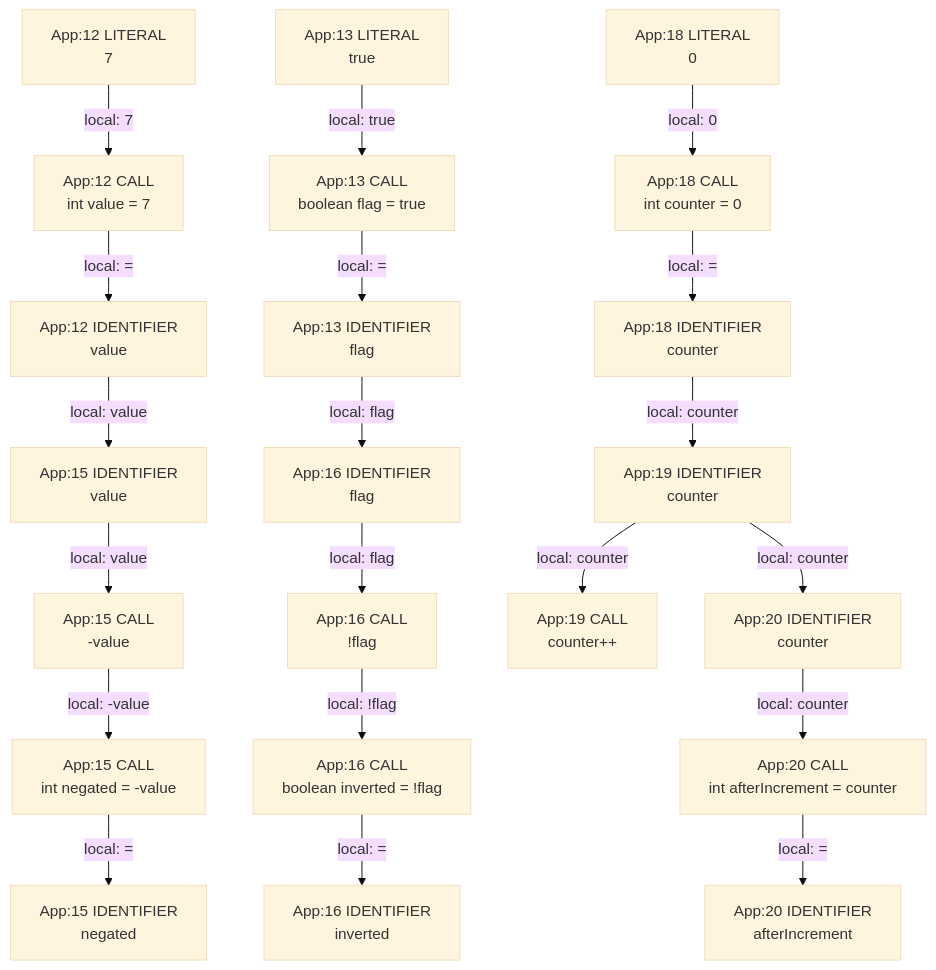
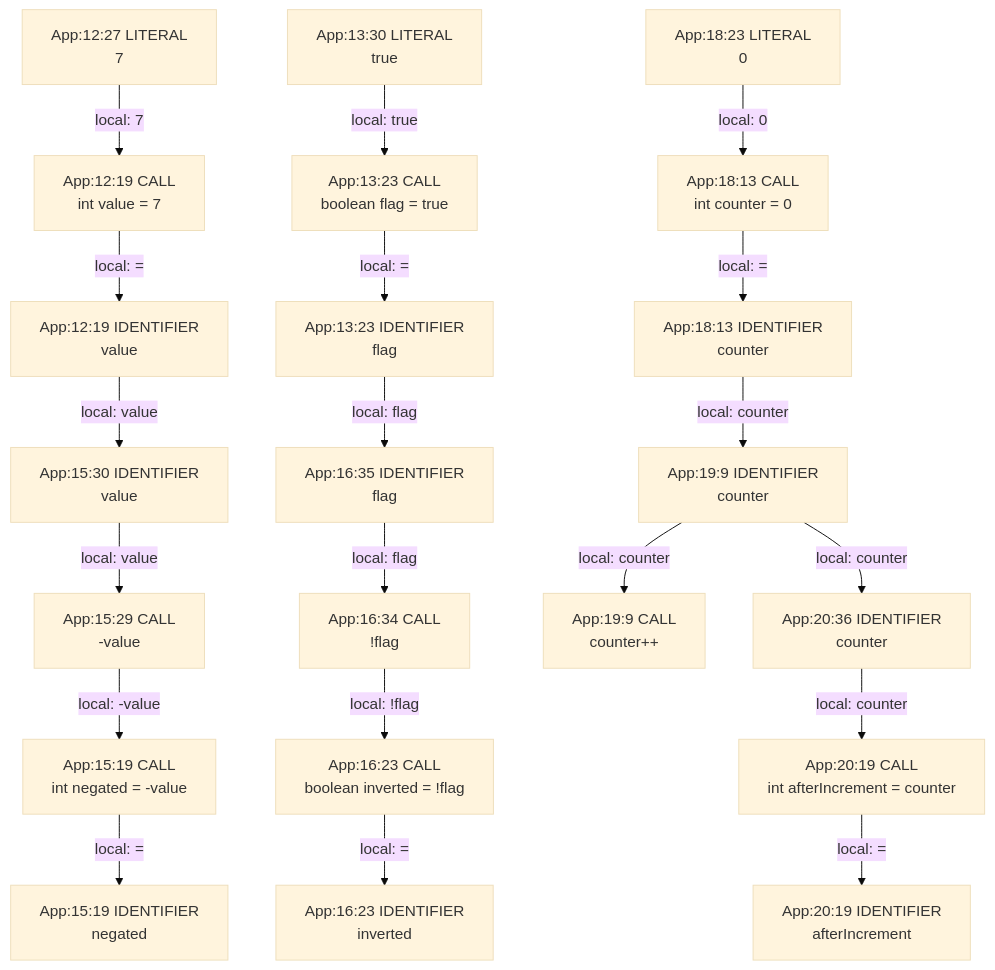
Before and after one commit to gstiebler/codeflow: the diagram in app/src/test/resources/unary/spike-truth.md, drawn with Mermaid (base theme). The commit also changed 154 other files, not shown here.

````diff
--- a/app/src/test/resources/unary/spike-truth.md
+++ b/app/src/test/resources/unary/spike-truth.md
@@ -3,44 +3,44 @@
 ```mermaid
 flowchart TD
-  n0["App:12 CALL<br/>int value = 7"]
-  n1["App:12 IDENTIFIER<br/>value"]
-  n2["App:12 LITERAL<br/>7"]
-  n3["App:13 CALL<br/>boolean flag = true"]
-  n4["App:13 IDENTIFIER<br/>flag"]
-  n5["App:13 LITERAL<br/>true"]
-  n6["App:15 CALL<br/>-value"]
-  n7["App:15 CALL<br/>int negated = -value"]
-  n8["App:15 IDENTIFIER<br/>negated"]
-  n9["App:15 IDENTIFIER<br/>value"]
-  n10["App:16 CALL<br/>!flag"]
-  n11["App:16 CALL<br/>boolean inverted = !flag"]
-  n12["App:16 IDENTIFIER<br/>flag"]
-  n13["App:16 IDENTIFIER<br/>inverted"]
-  n14["App:18 CALL<br/>int counter = 0"]
-  n15["App:18 IDENTIFIER<br/>counter"]
-  n16["App:18 LITERAL<br/>0"]
-  n17["App:19 CALL<br/>counter++"]
-  n18["App:19 IDENTIFIER<br/>counter"]
-  n19["App:20 CALL<br/>int afterIncrement = counter"]
-  n20["App:20 IDENTIFIER<br/>afterIncrement"]
-  n21["App:20 IDENTIFIER<br/>counter"]
+  n0["App:12:19 CALL<br/>int value = 7"]
+  n1["App:12:19 IDENTIFIER<br/>value"]
+  n2["App:12:27 LITERAL<br/>7"]
+  n3["App:13:23 CALL<br/>boolean flag = true"]
+  n4["App:13:23 IDENTIFIER<br/>flag"]
+  n5["App:13:30 LITERAL<br/>true"]
+  n6["App:15:19 CALL<br/>int negated = -value"]
+  n7["App:15:19 IDENTIFIER<br/>negated"]
+  n8["App:15:29 CALL<br/>-value"]
+  n9["App:15:30 IDENTIFIER<br/>value"]
+  n10["App:16:23 CALL<br/>boolean inverted = !flag"]
+  n11["App:16:23 IDENTIFIER<br/>inverted"]
+  n12["App:16:34 CALL<br/>!flag"]
+  n13["App:16:35 IDENTIFIER<br/>flag"]
+  n14["App:18:13 CALL<br/>int counter = 0"]
+  n15["App:18:13 IDENTIFIER<br/>counter"]
+  n16["App:18:23 LITERAL<br/>0"]
+  n17["App:19:9 CALL<br/>counter++"]
+  n18["App:19:9 IDENTIFIER<br/>counter"]
+  n19["App:20:19 CALL<br/>int afterIncrement = counter"]
+  n20["App:20:19 IDENTIFIER<br/>afterIncrement"]
+  n21["App:20:36 IDENTIFIER<br/>counter"]
   n0 -->|"local: ="| n1
   n1 -->|"local: value"| n9
-  n10 -->|"local: !flag"| n11
-  n11 -->|"local: ="| n13
-  n12 -->|"local: flag"| n10
+  n10 -->|"local: ="| n11
+  n12 -->|"local: !flag"| n10
+  n13 -->|"local: flag"| n12
   n14 -->|"local: ="| n15
   n15 -->|"local: counter"| n18
   n16 -->|"local: 0"| n14
   n18 -->|"local: counter"| n17
   n18 -->|"local: counter"| n21
   n19 -->|"local: ="| n20
   n2 -->|"local: 7"| n0
   n21 -->|"local: counter"| n19
   n3 -->|"local: ="| n4
-  n4 -->|"local: flag"| n12
+  n4 -->|"local: flag"| n13
   n5 -->|"local: true"| n3
-  n6 -->|"local: -value"| n7
-  n7 -->|"local: ="| n8
-  n9 -->|"local: value"| n6
+  n6 -->|"local: ="| n7
+  n8 -->|"local: -value"| n6
+  n9 -->|"local: value"| n8
 ```
````
